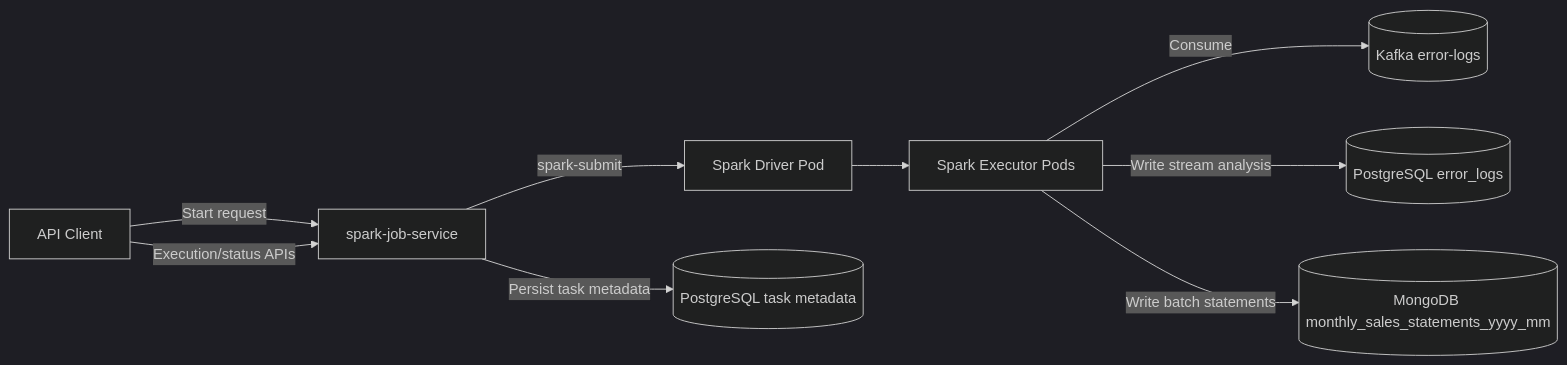
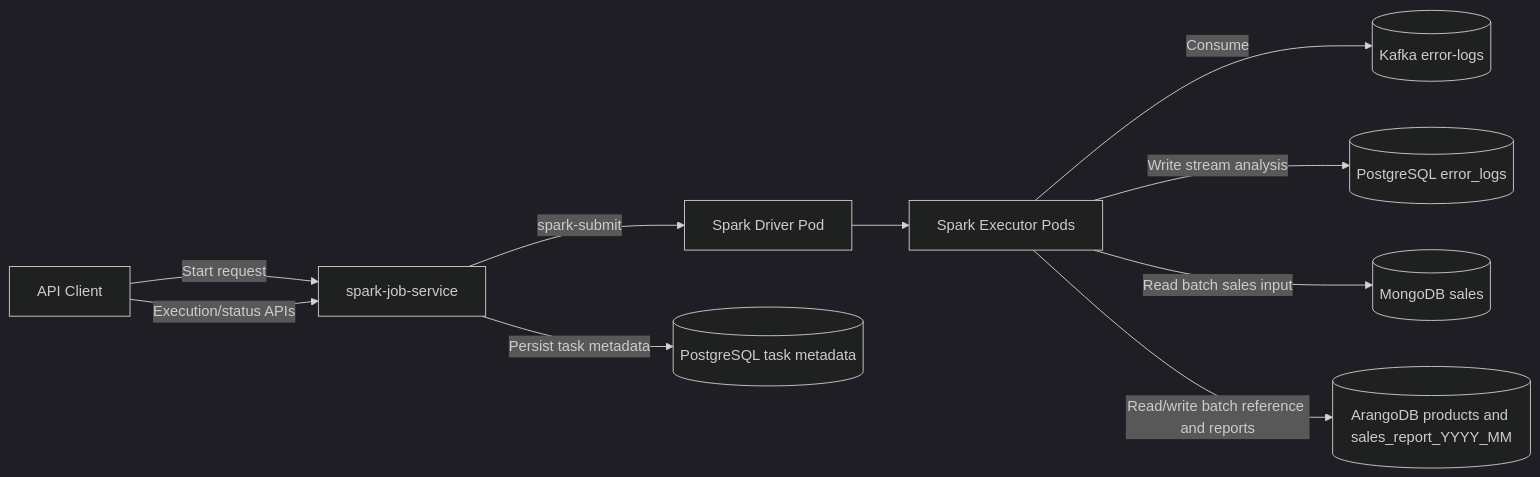
The first of 3 diagrams in docs/RUNBOOK.md (paulchen8206/Spark-Platform-on-Kubernetes-with-Spring-Boot), drawn with Mermaid (dark theme) before and after one commit. The commit also changed other lines of this file and 9 other files, not shown here.

Commit message:
fixed for Arango write issue

````diff
--- a/docs/RUNBOOK.md
+++ b/docs/RUNBOOK.md
@@ -19,13 +19,14 @@
 ```mermaid
 flowchart LR
   Client[API Client] -->|Start request| SJS[spark-job-service]
   SJS -->|spark-submit| Driver[Spark Driver Pod]
   Driver --> Executors[Spark Executor Pods]
 
   Executors -->|Consume| Kafka[(Kafka error-logs)]
   Executors -->|Write stream analysis| Pg[(PostgreSQL error_logs)]
-  Executors -->|Write batch statements| Mongo[(MongoDB monthly_sales_statements_yyyy_mm)]
+  Executors -->|Read batch sales input| Mongo[(MongoDB sales)]
+  Executors -->|Read/write batch reference and reports| Arango[(ArangoDB products and sales_report_YYYY_MM)]
 
   SJS -->|Persist task metadata| Meta[(PostgreSQL task metadata)]
   Client -->|Execution/status APIs| SJS
 ```
````
